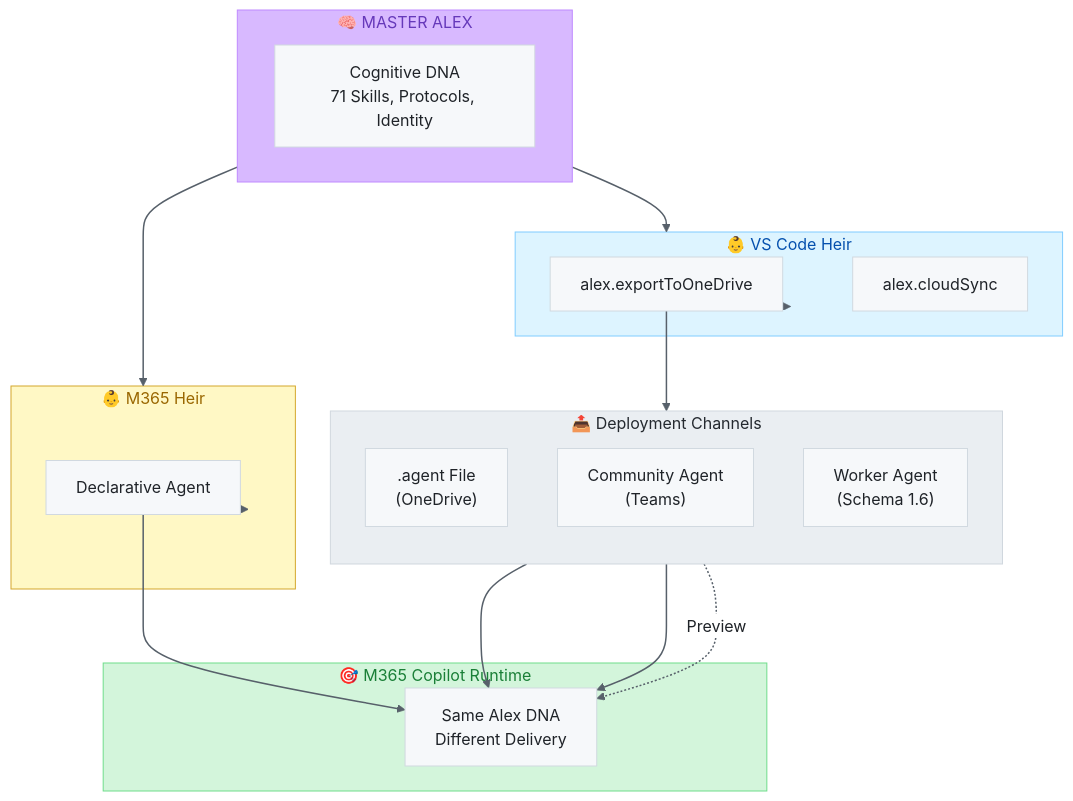
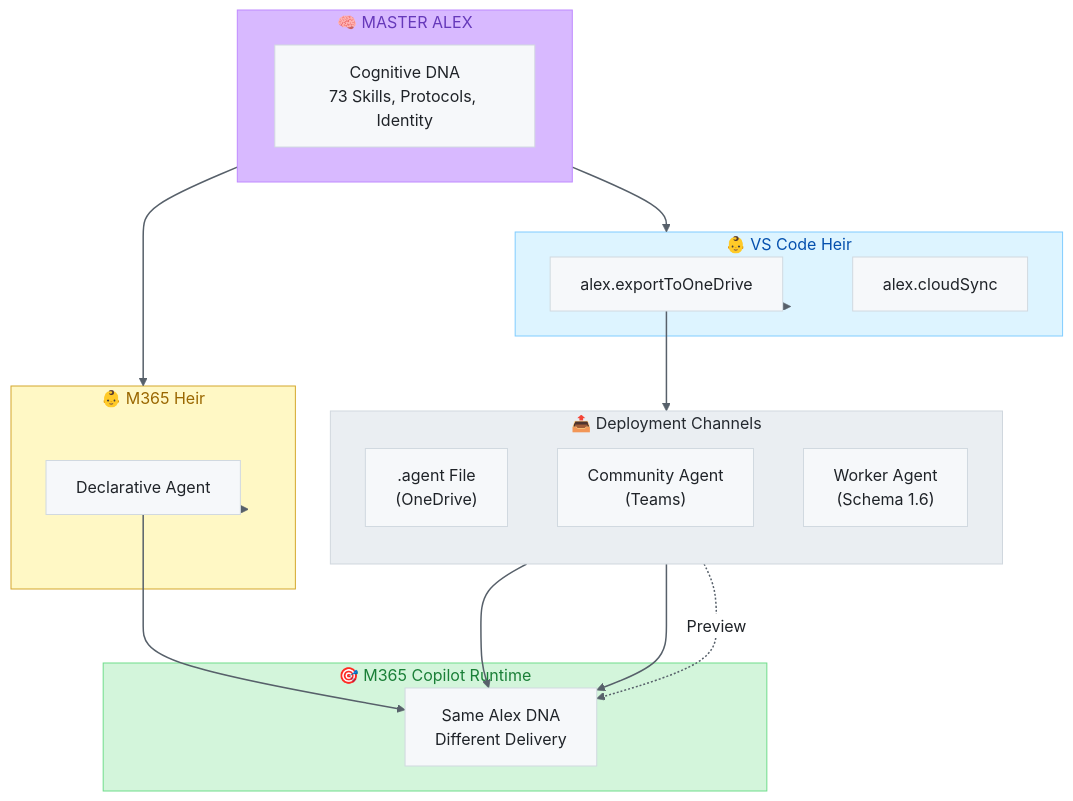
One commit to fabioc-aloha/Alex_Plug_In changed the diagram in platforms/m365-copilot/README.md. Above: the diagram before and after it, drawn with Mermaid. The commit also changed 5 other files, not shown here.

````diff
--- a/platforms/m365-copilot/README.md
+++ b/platforms/m365-copilot/README.md
@@ -162,43 +162,43 @@
 ```mermaid
 %%{init: {'theme': 'base', 'themeVariables': { 'primaryColor': '#f6f8fa', 'primaryTextColor': '#1f2328', 'primaryBorderColor': '#d1d9e0', 'lineColor': '#656d76', 'secondaryColor': '#f6f8fa', 'tertiaryColor': '#ffffff', 'background': '#ffffff', 'mainBkg': '#f6f8fa', 'nodeBorder': '#d1d9e0', 'edgeLabelBackground': '#fff'}}}%%
 flowchart TB
     subgraph Master["🧠 MASTER ALEX"]
-        DNA["Cognitive DNA<br/>71 Skills, Protocols, Identity"]
+        DNA["Cognitive DNA<br/>73 Skills, Protocols, Identity"]
     end
 
     subgraph VSCode["👶 VS Code Heir"]
         Export["alex.exportToOneDrive"]
         Cloud["alex.cloudSync"]
     end
 
     subgraph M365["👶 M365 Heir"]
         DA["Declarative Agent"]
     end
 
     subgraph Channels["📤 Deployment Channels"]
         direction TB
         ODA[".agent File<br/>(OneDrive)"]
         CA["Community Agent<br/>(Teams)"]
         WA["Worker Agent<br/>(Schema 1.6)"]
     end
 
     subgraph Runtime["🎯 M365 Copilot Runtime"]
         COP["Same Alex DNA<br/>Different Delivery"]
     end
 
     Master --> VSCode
     Master --> M365
     VSCode --> Export --> ODA
     M365 --> DA
     DA --> COP
     ODA --> COP
     CA --> COP
     WA -.->|"Preview"| COP
 
     style Master fill:#d8b9ff,color:#6639ba,stroke:#bf8aff
     style VSCode fill:#ddf4ff,color:#0550ae,stroke:#80ccff
     style M365 fill:#fff8c5,color:#9a6700,stroke:#d4a72c
     style Channels fill:#eaeef2,color:#24292f,stroke:#d0d7de
     style Runtime fill:#d3f5db,color:#1a7f37,stroke:#6fdd8b
     linkStyle default stroke:#57606a,stroke-width:1.5px
 ```
````
